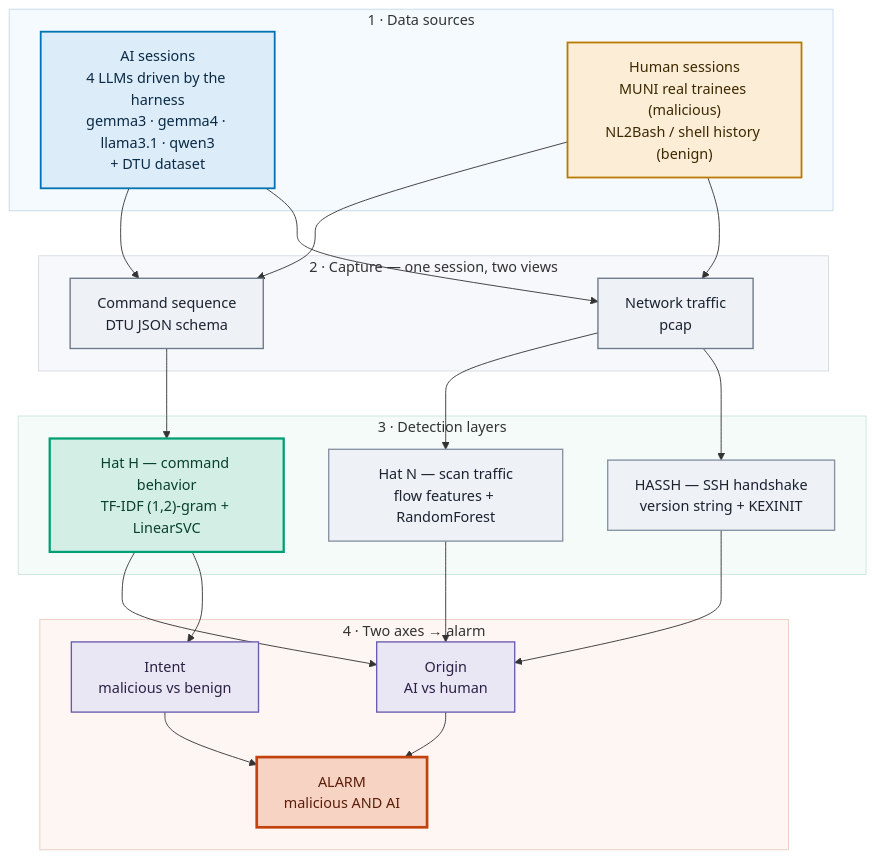
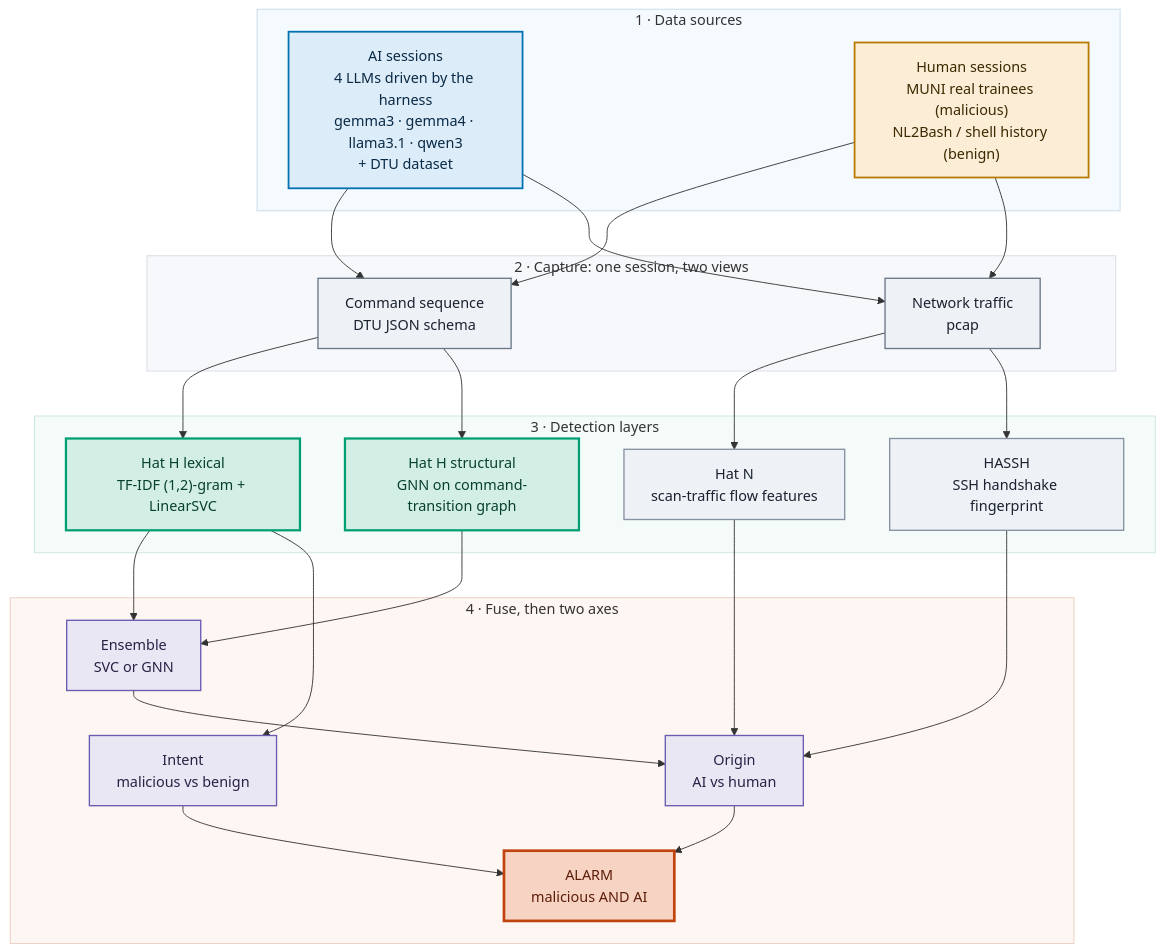
The first of 2 diagrams in README.md (HawkPhantom/AI-Attack-IDS), drawn with Mermaid before and after one commit. The commit also changed other lines of this file and 4 other files, not shown here.

````diff
--- a/README.md
+++ b/README.md
@@ -41,53 +43,58 @@
 ```mermaid
 flowchart TB
     subgraph S1["1 · Data sources"]
         AI["AI sessions<br/>4 LLMs driven by the harness<br/>gemma3 · gemma4 · llama3.1 · qwen3<br/>+ DTU dataset"]
         HUM["Human sessions<br/>MUNI real trainees (malicious)<br/>NL2Bash / shell history (benign)"]
     end
-    subgraph S2["2 · Capture — one session, two views"]
+    subgraph S2["2 · Capture: one session, two views"]
         CMD["Command sequence<br/>DTU JSON schema"]
         PCAP["Network traffic<br/>pcap"]
     end
     subgraph S3["3 · Detection layers"]
-        H["Hat H — command behavior<br/>TF-IDF (1,2)-gram + LinearSVC"]
-        N["Hat N — scan traffic<br/>flow features + RandomForest"]
-        HS["HASSH — SSH handshake<br/>version string + KEXINIT"]
+        HSVC["Hat H lexical<br/>TF-IDF (1,2)-gram + LinearSVC"]
+        HGNN["Hat H structural<br/>GNN on command-transition graph"]
+        N["Hat N<br/>scan-traffic flow features"]
+        HS["HASSH<br/>SSH handshake fingerprint"]
     end
-    subgraph S4["4 · Two axes → alarm"]
+    subgraph S4["4 · Fuse, then two axes"]
+        ENS["Ensemble<br/>SVC or GNN"]
         ORIG["Origin<br/>AI vs human"]
         INT["Intent<br/>malicious vs benign"]
         AL["ALARM<br/>malicious AND AI"]
     end
     AI --> CMD
     AI --> PCAP
     HUM --> CMD
     HUM --> PCAP
-    CMD --> H
+    CMD --> HSVC
+    CMD --> HGNN
     PCAP --> N
     PCAP --> HS
-    H --> ORIG
-    H --> INT
+    HSVC --> ENS
+    HGNN --> ENS
+    ENS --> ORIG
+    HSVC --> INT
     N --> ORIG
     HS --> ORIG
     ORIG --> AL
     INT --> AL
 
     classDef ai fill:#dcecf9,stroke:#0072B2,stroke-width:2px,color:#0a2a45
     classDef human fill:#fbedd6,stroke:#b87a00,stroke-width:2px,color:#3d2900
     classDef cap fill:#eef1f6,stroke:#6b7889,stroke-width:1.5px,color:#1a2230
     classDef main fill:#d3efe5,stroke:#009E73,stroke-width:2.5px,color:#08402e
     classDef det fill:#eef1f6,stroke:#8792a3,stroke-width:1.5px,color:#1a2230
     classDef axis fill:#eae7f5,stroke:#6a5cb0,stroke-width:1.5px,color:#2a2145
     classDef alarm fill:#f7d3c4,stroke:#c1440e,stroke-width:3px,color:#5c1e08
     class AI ai
     class HUM human
     class CMD,PCAP cap
-    class H main
+    class HSVC,HGNN main
     class N,HS det
-    class ORIG,INT axis
+    class ENS,ORIG,INT axis
     class AL alarm
     style S1 fill:#f5faff,stroke:#c5d9e8
     style S2 fill:#f7f8fb,stroke:#d4dae2
     style S3 fill:#f4fbf8,stroke:#c9e5da
     style S4 fill:#fdf6f3,stroke:#eccbbf
 ```
````
